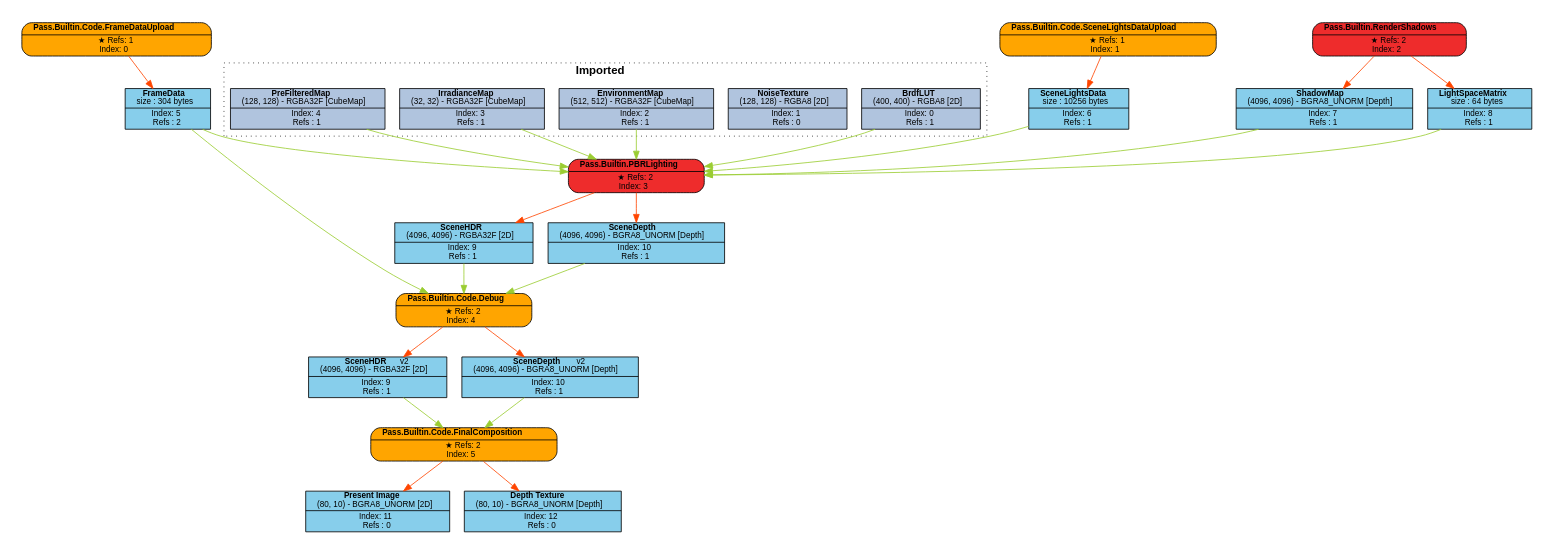
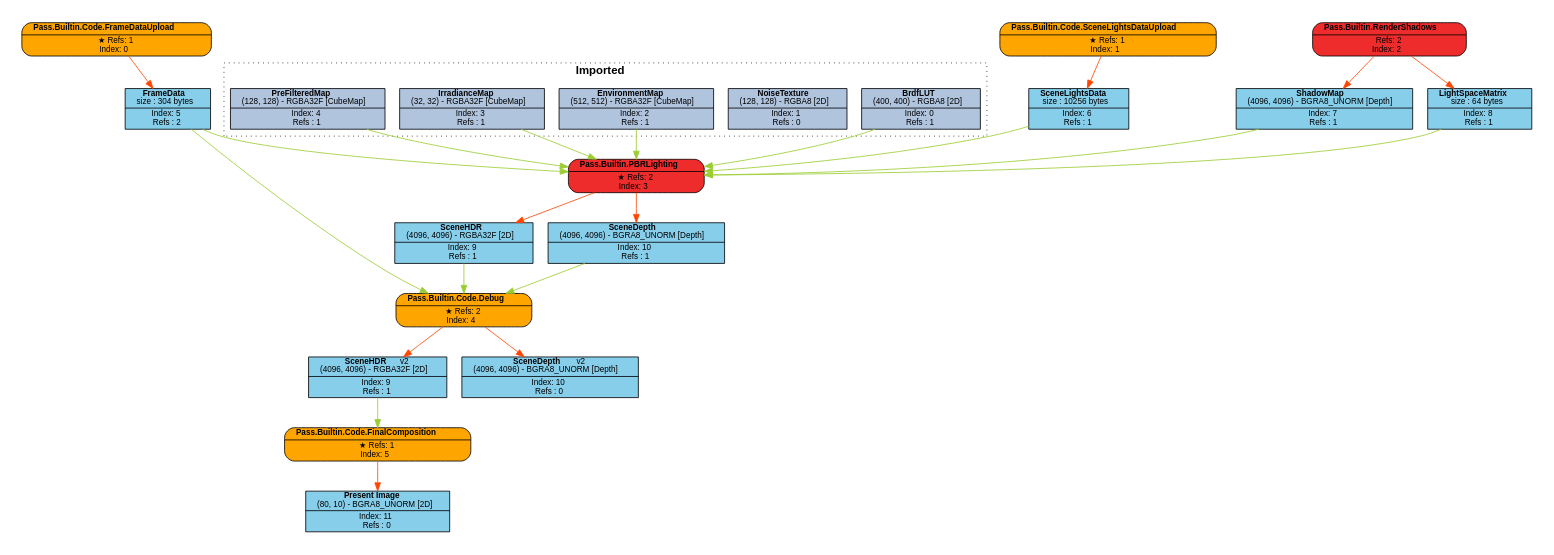
The diagram in Engine/content/FrameGraphs/pbr_lighting_data_driven.dot (Pikachuxxxx/Razix), drawn with Graphviz before and after one commit. The commit also changed 41 other files, not shown here.

```diff
--- a/Engine/content/FrameGraphs/pbr_lighting_data_driven.dot
+++ b/Engine/content/FrameGraphs/pbr_lighting_data_driven.dot
@@ -1,75 +1,73 @@
 digraph FrameGraph {
 graph [style=invis, rankdir="TB" ordering=out, splines=spline]
 node [shape=record, fontname="helvetica", fontsize=10, margin="0.2,0.03"]
 
 P0 [label=<{ {<B>Pass.Builtin.Code.FrameDataUpload</B>} | {&#x2605; Refs: 1<BR/> Index: 0} }> style="rounded,filled", fillcolor=orange]
 P1 [label=<{ {<B>Pass.Builtin.Code.SceneLightsDataUpload</B>} | {&#x2605; Refs: 1<BR/> Index: 1} }> style="rounded,filled", fillcolor=orange]
-P2 [label=<{ {<B>Pass.Builtin.RenderShadows</B>} | {&#x2605; Refs: 2<BR/> Index: 2} }> style="rounded,filled", fillcolor=firebrick2]
+P2 [label=<{ {<B>Pass.Builtin.RenderShadows</B>} | {Refs: 2<BR/> Index: 2} }> style="rounded,filled", fillcolor=firebrick2]
 P3 [label=<{ {<B>Pass.Builtin.PBRLighting</B>} | {&#x2605; Refs: 2<BR/> Index: 3} }> style="rounded,filled", fillcolor=firebrick2]
 P4 [label=<{ {<B>Pass.Builtin.Code.Debug</B>} | {&#x2605; Refs: 2<BR/> Index: 4} }> style="rounded,filled", fillcolor=orange]
-P5 [label=<{ {<B>Pass.Builtin.Code.FinalComposition</B>} | {&#x2605; Refs: 2<BR/> Index: 5} }> style="rounded,filled", fillcolor=orange]
+P5 [label=<{ {<B>Pass.Builtin.Code.FinalComposition</B>} | {&#x2605; Refs: 1<BR/> Index: 5} }> style="rounded,filled", fillcolor=orange]
 
 R0_1 [label=<{ {<B>BrdfLUT</B><BR/>(400, 400) - RGBA8 [2D]} | {Index: 0<BR/>Refs : 1} }> style=filled, fillcolor=lightsteelblue]
 R1_1 [label=<{ {<B>NoiseTexture</B><BR/>(128, 128) - RGBA8 [2D]} | {Index: 1<BR/>Refs : 0} }> style=filled, fillcolor=lightsteelblue]
 R2_1 [label=<{ {<B>EnvironmentMap</B><BR/>(512, 512) - RGBA32F [CubeMap]} | {Index: 2<BR/>Refs : 1} }> style=filled, fillcolor=lightsteelblue]
 R3_1 [label=<{ {<B>IrradianceMap</B><BR/>(32, 32) - RGBA32F [CubeMap]} | {Index: 3<BR/>Refs : 1} }> style=filled, fillcolor=lightsteelblue]
 R4_1 [label=<{ {<B>PreFilteredMap</B><BR/>(128, 128) - RGBA32F [CubeMap]} | {Index: 4<BR/>Refs : 1} }> style=filled, fillcolor=lightsteelblue]
 R5_1 [label=<{ {<B>FrameData</B><BR/>size : 304 bytes} | {Index: 5<BR/>Refs : 2} }> style=filled, fillcolor=skyblue]
 R6_1 [label=<{ {<B>SceneLightsData</B><BR/>size : 10256 bytes} | {Index: 6<BR/>Refs : 1} }> style=filled, fillcolor=skyblue]
 R7_1 [label=<{ {<B>ShadowMap</B><BR/>(4096, 4096) - BGRA8_UNORM [Depth]} | {Index: 7<BR/>Refs : 1} }> style=filled, fillcolor=skyblue]
 R8_1 [label=<{ {<B>LightSpaceMatrix</B><BR/>size : 64 bytes} | {Index: 8<BR/>Refs : 1} }> style=filled, fillcolor=skyblue]
 R9_1 [label=<{ {<B>SceneHDR</B><BR/>(4096, 4096) - RGBA32F [2D]} | {Index: 9<BR/>Refs : 1} }> style=filled, fillcolor=skyblue]
 R10_1 [label=<{ {<B>SceneDepth</B><BR/>(4096, 4096) - BGRA8_UNORM [Depth]} | {Index: 10<BR/>Refs : 1} }> style=filled, fillcolor=skyblue]
 R9_2 [label=<{ {<B>SceneHDR</B>   <FONT>v2</FONT><BR/>(4096, 4096) - RGBA32F [2D]} | {Index: 9<BR/>Refs : 1} }> style=filled, fillcolor=skyblue]
-R10_2 [label=<{ {<B>SceneDepth</B>   <FONT>v2</FONT><BR/>(4096, 4096) - BGRA8_UNORM [Depth]} | {Index: 10<BR/>Refs : 1} }> style=filled, fillcolor=skyblue]
+R10_2 [label=<{ {<B>SceneDepth</B>   <FONT>v2</FONT><BR/>(4096, 4096) - BGRA8_UNORM [Depth]} | {Index: 10<BR/>Refs : 0} }> style=filled, fillcolor=skyblue]
 R11_1 [label=<{ {<B>Present Image</B><BR/>(80, 10) - BGRA8_UNORM [2D]} | {Index: 11<BR/>Refs : 0} }> style=filled, fillcolor=skyblue]
-R12_1 [label=<{ {<B>Depth Texture</B><BR/>(80, 10) - BGRA8_UNORM [Depth]} | {Index: 12<BR/>Refs : 0} }> style=filled, fillcolor=skyblue]
 
 P0 -> { R5_1 } [color=orangered]
 P1 -> { R6_1 } [color=orangered]
 P2 -> { R7_1 R8_1 } [color=orangered]
 P3 -> { R9_1 R10_1 } [color=orangered]
 P4 -> { R9_2 R10_2 } [color=orangered]
-P5 -> { R11_1 R12_1 } [color=orangered]
+P5 -> { R11_1 } [color=orangered]
 
 R0_1 -> { P3 } [color=olivedrab3]
 R1_1 -> { } [color=olivedrab3]
 R2_1 -> { P3 } [color=olivedrab3]
 R3_1 -> { P3 } [color=olivedrab3]
 R4_1 -> { P3 } [color=olivedrab3]
 R5_1 -> { P3 P4 } [color=olivedrab3]
 R6_1 -> { P3 } [color=olivedrab3]
 R7_1 -> { P3 } [color=olivedrab3]
 R8_1 -> { P3 } [color=olivedrab3]
 R9_1 -> { P4 } [color=olivedrab3]
 R10_1 -> { P4 } [color=olivedrab3]
 R9_2 -> { P5 } [color=olivedrab3]
-R10_2 -> { P5 } [color=olivedrab3]
+R10_2 -> { } [color=olivedrab3]
 R11_1 -> { } [color=olivedrab3]
-R12_1 -> { } [color=olivedrab3]
 
 subgraph cluster_0 {
 P0 R5_1 
 }
 subgraph cluster_1 {
 P1 R6_1 
 }
 subgraph cluster_2 {
 P2 R7_1 R8_1 
 }
 subgraph cluster_3 {
 P3 R9_1 R10_1 
 }
 subgraph cluster_4 {
 P4 
 }
 subgraph cluster_5 {
-P5 R11_1 R12_1 
+P5 R11_1 
 }
 
 subgraph cluster_imported_resources {
 graph [style=dotted, fontname="helvetica", label=< <B>Imported</B> >]
 R0_1 R1_1 R2_1 R3_1 R4_1 
 }
 
 }
```
